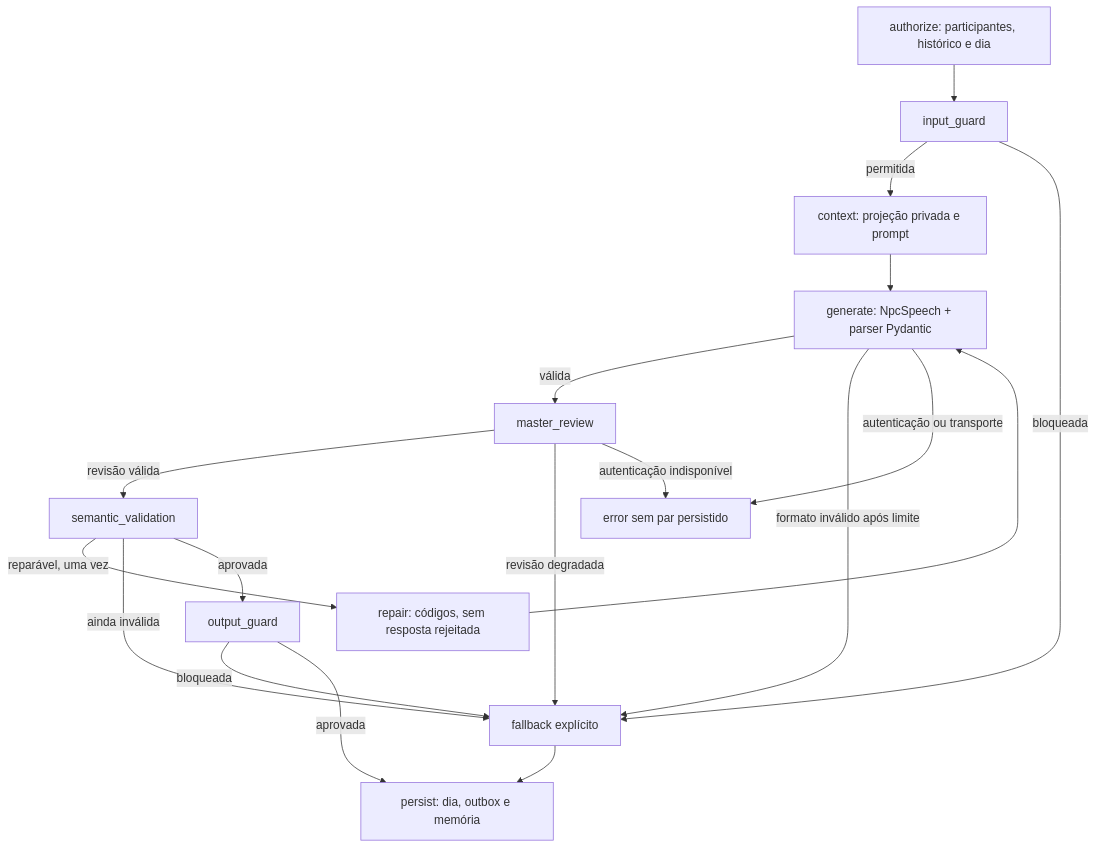
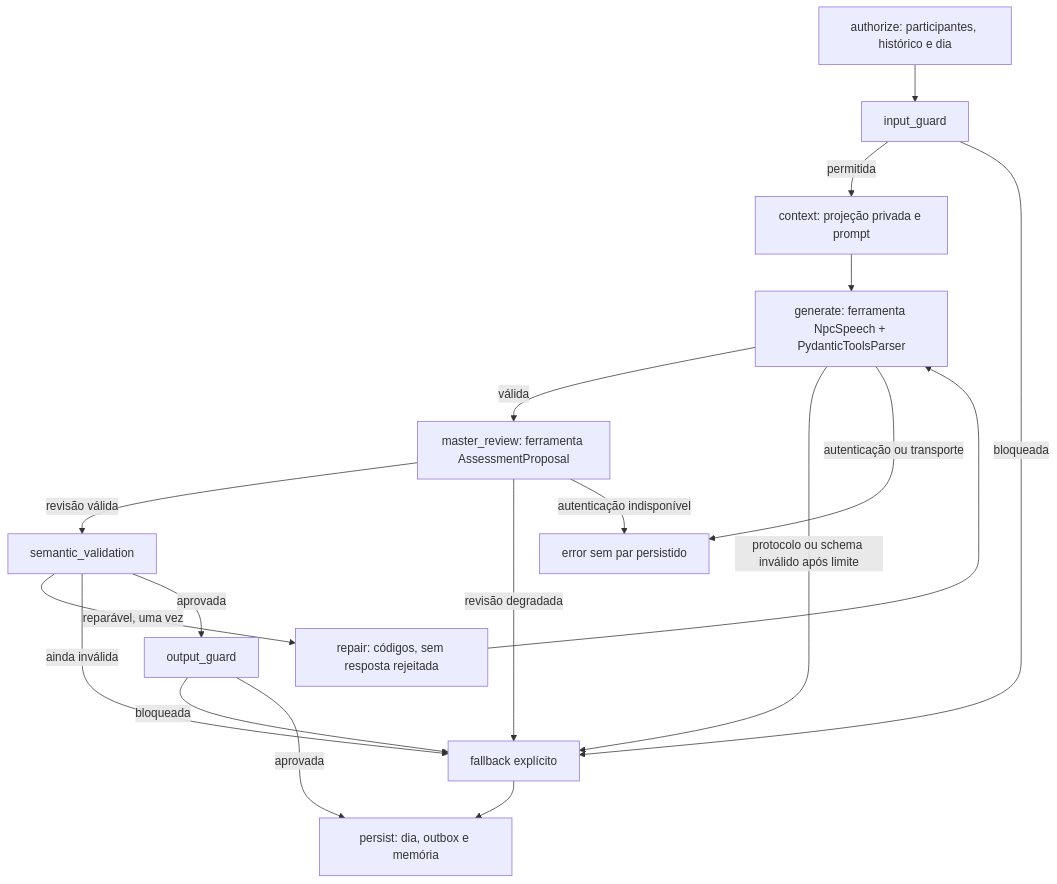
One commit to Gusreis7/MemoriasLicantropicasGame changed the diagram in docs/grafo_dialogo_llm.md. Above: the diagram before and after it, drawn with Mermaid. The commit also changed other lines of this file and 4 other files, not shown here.

Commit message:
docs: document native tool schemas and final src application layout

````diff
--- a/docs/grafo_dialogo_llm.md
+++ b/docs/grafo_dialogo_llm.md
@@ -9,20 +13,20 @@
 ```mermaid
 flowchart TD
   A[authorize: participantes, histórico e dia] --> B[input_guard]
   B -->|permitida| C[context: projeção privada e prompt]
   B -->|bloqueada| F[fallback explícito]
-  C --> G[generate: NpcSpeech + parser Pydantic]
-  G -->|válida| M[master_review]
-  G -->|formato inválido após limite| F
+  C --> G[generate: ferramenta NpcSpeech + PydanticToolsParser]
+  G -->|válida| M[master_review: ferramenta AssessmentProposal]
+  G -->|protocolo ou schema inválido após limite| F
   G -->|autenticação ou transporte| E[error sem par persistido]
   M -->|revisão válida| S[semantic_validation]
   M -->|revisão degradada| F
   M -->|autenticação indisponível| E
   S -->|reparável, uma vez| R[repair: códigos, sem resposta rejeitada]
   R --> G
   S -->|ainda inválida| F
   S -->|aprovada| O[output_guard]
   O -->|bloqueada| F
   O -->|aprovada| P[persist: dia, outbox e memória]
   F --> P
 ```
````
